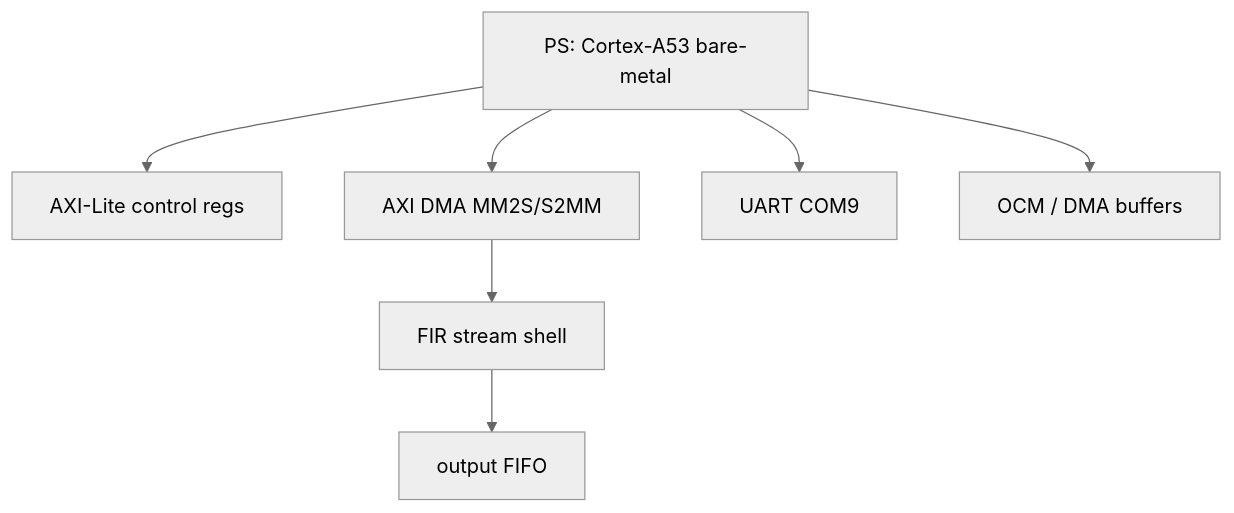
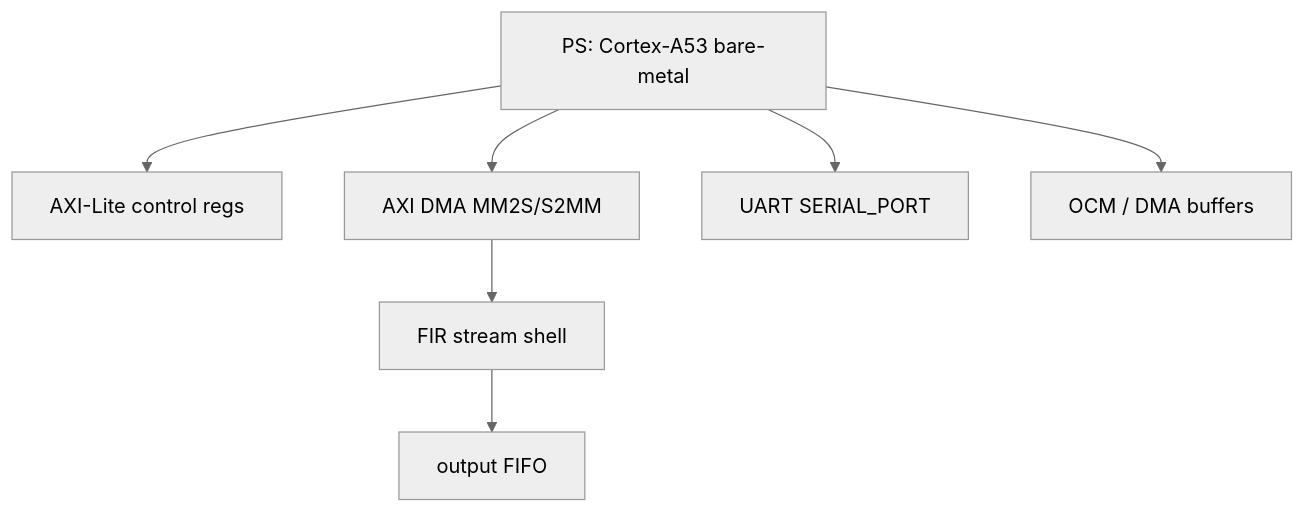
The second of 2 diagrams in Report.md (AIALRA-0/FIR-Lowpass-Filter), drawn with Mermaid (neutral theme) before and after one commit. The commit also changed other lines of this file and 89 other files, not shown here.

````diff
--- a/Report.md
+++ b/Report.md
@@ -1513,9 +1513,9 @@
 ```mermaid
 flowchart TB
     A[PS: Cortex-A53 bare-metal] --> B[AXI-Lite control regs]
     A --> C[AXI DMA MM2S/S2MM]
     C --> D[FIR stream shell]
     D --> E[output FIFO]
-    A --> F[UART COM9]
+    A --> F[UART SERIAL_PORT]
     A --> G[OCM / DMA buffers]
 ```
````
